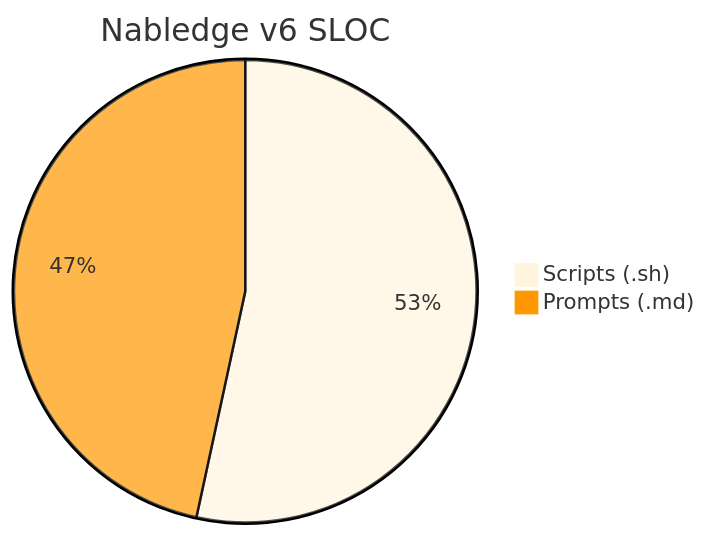
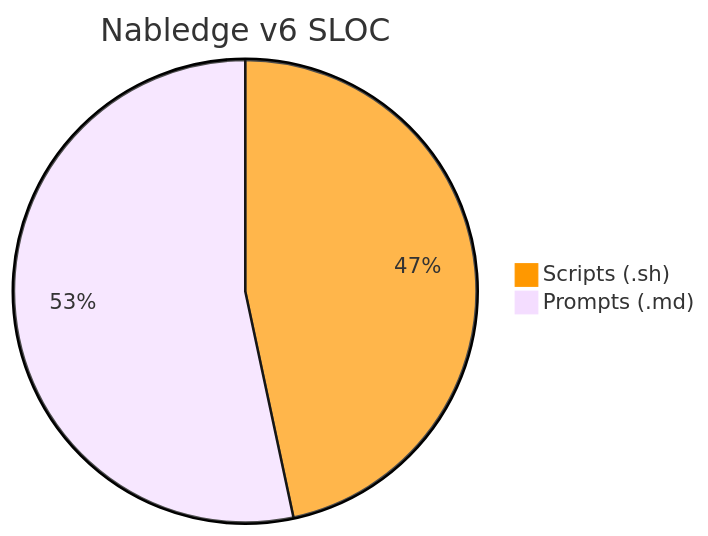
The ninth of 14 diagrams in docs/metrics.md (nablarch/nabledge-dev), drawn with Mermaid before and after one commit. The commit also changed other lines of this file and 2 other files, not shown here.

````diff
--- a/docs/metrics.md
+++ b/docs/metrics.md
@@ -132,6 +132,6 @@
 ```mermaid
-%%{init: {'theme': 'base', 'themeVariables': {'pie2': '#FF9800'}}}%%
+%%{init: {'theme': 'base', 'themeVariables': {'pie1': '#FF9800'}}}%%
 pie title Nabledge v6 SLOC
-  "Scripts (.sh)" : 1056
-  "Prompts (.md)" : 922
+  "Scripts (.sh)" : 1116
+  "Prompts (.md)" : 1276
 ```
````
